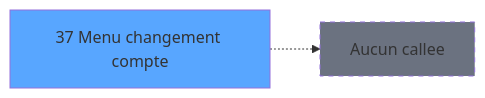
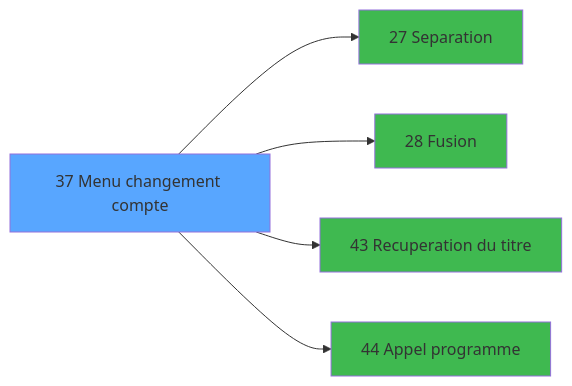
Before and after one commit to thonyAGP/magic-migration: the third of 3 diagrams in .openspec/specs/ADH-IDE-37.md, drawn with Mermaid. The commit also changed other lines of this file and 253 other files, not shown here.

````diff
--- a/.openspec/specs/ADH-IDE-37.md
+++ b/.openspec/specs/ADH-IDE-37.md
@@ -207,8 +483,17 @@
 ```mermaid
 graph LR
     T37[37 Menu changement compte]
     style T37 fill:#58a6ff
-    NONE[Aucun callee]
-    T37 -.-> NONE
-    style NONE fill:#6b7280,stroke-dasharray: 5 5
+    C27[27 Separation]
+    T37 --> C27
+    style C27 fill:#3fb950
+    C28[28 Fusion]
+    T37 --> C28
+    style C28 fill:#3fb950
+    C43[43 Recuperation du titre]
+    T37 --> C43
+    style C43 fill:#3fb950
+    C44[44 Appel programme]
+    T37 --> C44
+    style C44 fill:#3fb950
 ```
````
